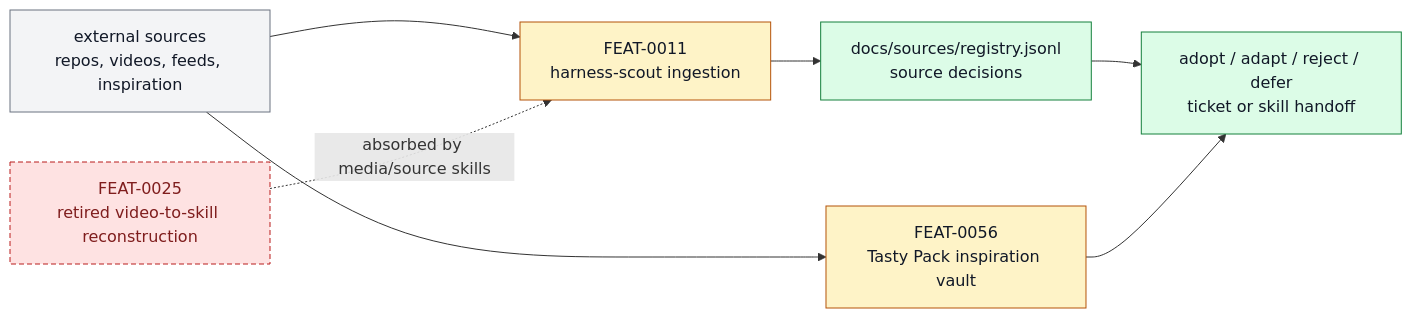
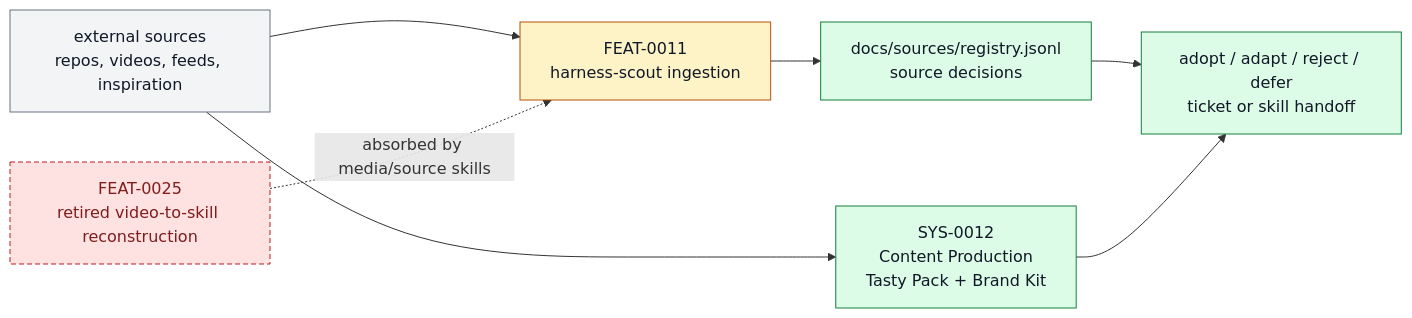
The diagram in docs/systems/source-sidecar-systems.md (ZanarkandTechnologies/Farplane), drawn with Mermaid before and after one commit. The commit also changed other lines of this file and 27 other files, not shown here.

Commit message:
feat(content): ground production in creative elements

````diff
--- a/docs/systems/source-sidecar-systems.md
+++ b/docs/systems/source-sidecar-systems.md
@@ -95,18 +90,18 @@
 ```mermaid
 flowchart LR
   classDef keep fill:#f3f4f6,stroke:#6b7280,color:#111827
   classDef changed fill:#fef3c7,stroke:#b45309,color:#111827
   classDef added fill:#dcfce7,stroke:#15803d,color:#111827
   classDef retired fill:#fee2e2,stroke:#b91c1c,color:#7f1d1d,stroke-dasharray: 5 3
 
   sources["external sources<br/>repos, videos, feeds, inspiration"]:::keep
   scout["FEAT-0011<br/>harness-scout ingestion"]:::changed
-  vault["FEAT-0056<br/>Tasty Pack inspiration vault"]:::changed
   retired["FEAT-0025<br/>retired video-to-skill reconstruction"]:::retired
+  content["SYS-0012<br/>Content Production<br/>Tasty Pack + Brand Kit"]:::added
   registry["docs/sources/registry.jsonl<br/>source decisions"]:::added
   handoff["adopt / adapt / reject / defer<br/>ticket or skill handoff"]:::added
 
   sources --> scout --> registry --> handoff
-  sources --> vault --> handoff
+  sources --> content --> handoff
   retired -. "absorbed by media/source skills" .-> scout
 ```
````
